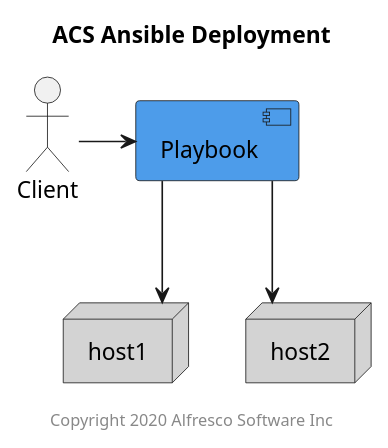
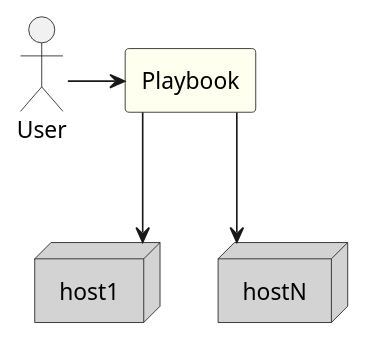
Before and after one commit to Alfresco/alfresco-ansible-deployment: the diagram in docs/resources/ansible-overview.puml, drawn with PlantUML. The commit also changed 19 other files, not shown here.

Commit message:
Updated documents and diagrams [skip ci]

```diff
--- a/docs/resources/ansible-overview.puml
+++ b/docs/resources/ansible-overview.puml
@@ -1,25 +1,18 @@
-@startuml
-
-Title: ACS Ansible Deployment
+@startuml ansible-overview
 
 skinparam componentStyle uml2
 skinparam linetype ortho
-skinparam rectangle {
-    BorderStyle dashed
-}
 
-actor Client
+actor User
 
-component "Playbook" as playbook #4d9cea
+rectangle "Playbook" as playbook #Ivory
 
-node "host1" #lightgrey
-node "host2" #lightgrey
+node "host1" #LightGrey
+node "hostN" #LightGrey
 
-Client -> playbook
+User -> playbook
 
-playbook -down-> host1
-playbook -down-> host2
-
-center footer Copyright 2020 Alfresco Software Inc
+playbook --> host1
+playbook --> hostN
 
 @enduml
```
